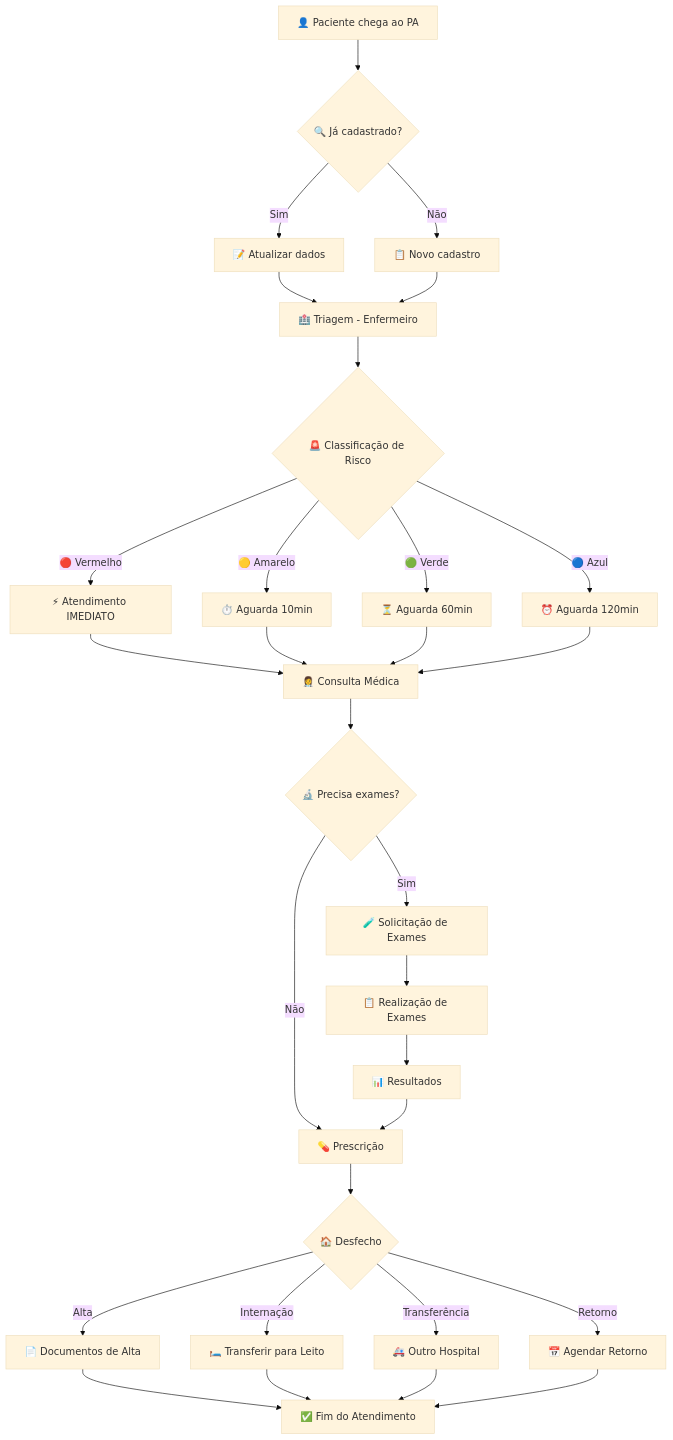
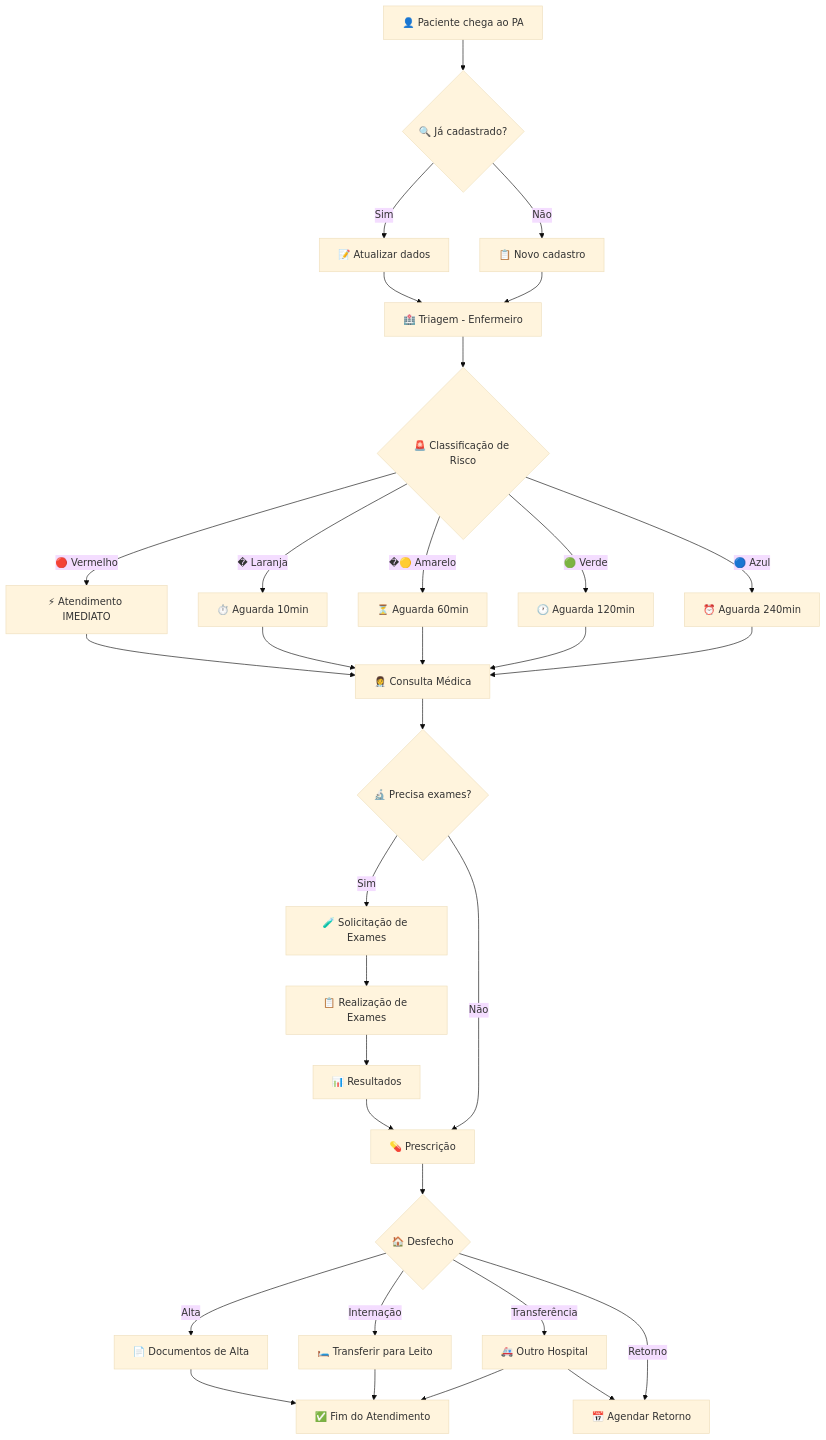
Before and after one commit to marcosferreira/prontoatendimento: the first of 12 diagrams in docs/requeriments/use-flow.md, drawn with Mermaid (base theme). The commit also changed other lines of this file and 18 other files, not shown here.

First line of the commit message:
feat: Add 'Laranja' classification to Atendimento system and update related components

````diff
--- a/docs/requeriments/use-flow.md
+++ b/docs/requeriments/use-flow.md
@@ -9,32 +9,34 @@
 ```mermaid
 flowchart TD
     A[👤 Paciente chega ao PA] --> B{🔍 Já cadastrado?}
     B -->|Sim| C[📝 Atualizar dados]
     B -->|Não| D[📋 Novo cadastro]
     C --> E[🏥 Triagem - Enfermeiro]
     D --> E
     E --> F{🚨 Classificação de Risco}
     F -->|🔴 Vermelho| G[⚡ Atendimento IMEDIATO]
-    F -->|🟡 Amarelo| H[⏱️ Aguarda 10min]
-    F -->|🟢 Verde| I[⏳ Aguarda 60min]
-    F -->|🔵 Azul| J[⏰ Aguarda 120min]
-    G --> K[👩‍⚕️ Consulta Médica]
-    H --> K
-    I --> K
-    J --> K
-    K --> L{🔬 Precisa exames?}
-    L -->|Sim| M[🧪 Solicitação de Exames]
-    L -->|Não| N[💊 Prescrição]
-    M --> O[📋 Realização de Exames]
-    O --> P[📊 Resultados]
-    P --> N
-    N --> Q{🏠 Desfecho}
-    Q -->|Alta| R[📄 Documentos de Alta]
-    Q -->|Internação| S[🛏️ Transferir para Leito]
-    Q -->|Transferência| T[🚑 Outro Hospital]
-    Q -->|Retorno| U[📅 Agendar Retorno]
-    R --> V[✅ Fim do Atendimento]
-    S --> V
-    T --> V
+    F -->|� Laranja| H[⏱️ Aguarda 10min]
+    F -->|�🟡 Amarelo| I[⏳ Aguarda 60min]
+    F -->|🟢 Verde| J[🕐 Aguarda 120min]
+    F -->|🔵 Azul| K[⏰ Aguarda 240min]
+    G --> L[👩‍⚕️ Consulta Médica]
+    H --> L
+    I --> L
+    J --> L
+    K --> L
+    L --> M{🔬 Precisa exames?}
+    M -->|Sim| N[🧪 Solicitação de Exames]
+    M -->|Não| O[💊 Prescrição]
+    N --> P[📋 Realização de Exames]
+    P --> Q[📊 Resultados]
+    Q --> O
+    O --> R{🏠 Desfecho}
+    R -->|Alta| S[📄 Documentos de Alta]
+    R -->|Internação| T[🛏️ Transferir para Leito]
+    R -->|Transferência| U[🚑 Outro Hospital]
+    R -->|Retorno| V[📅 Agendar Retorno]
+    S --> W[✅ Fim do Atendimento]
+    T --> W
+    U --> W
     U --> V
 ```
````
